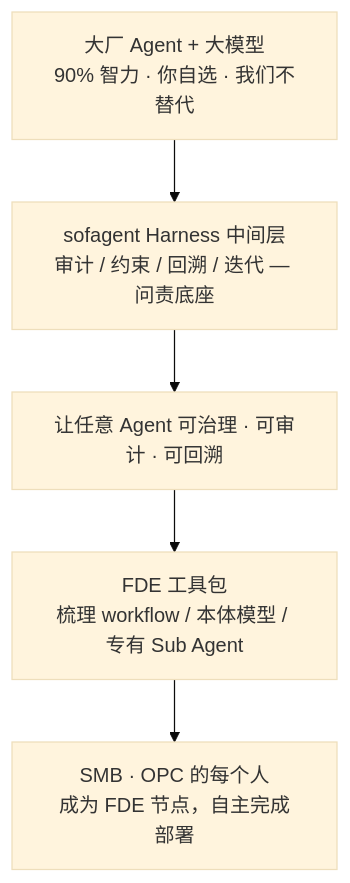
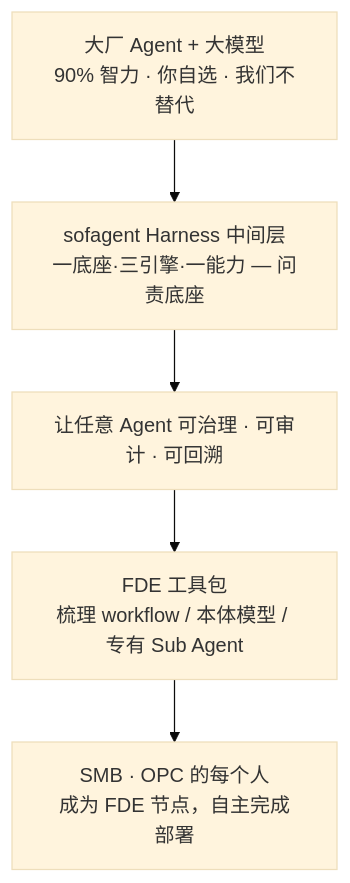
One commit to KongFangXun/sofagent changed the diagram in FDE/FDE.md. Above: the diagram before and after it, drawn with Mermaid (base theme). The commit also changed other lines of this file and 11 other files, not shown here.

````diff
--- a/FDE/FDE.md
+++ b/FDE/FDE.md
@@ -49,7 +49,7 @@
 ```mermaid
 graph TD
-    A[大厂 Agent + 大模型<br/>90% 智力 · 你自选 · 我们不替代] --> B[sofagent Harness 中间层<br/>审计 / 约束 / 回溯 / 迭代 — 问责底座]
+    A[大厂 Agent + 大模型<br/>90% 智力 · 你自选 · 我们不替代] --> B[sofagent Harness 中间层<br/>一底座·三引擎·一能力 — 问责底座]
     B --> C[让任意 Agent 可治理 · 可审计 · 可回溯]
     C --> D[FDE 工具包<br/>梳理 workflow / 本体模型 / 专有 Sub Agent]
     D --> E[SMB · OPC 的每个人<br/>成为 FDE 节点，自主完成部署]
 ```
````
